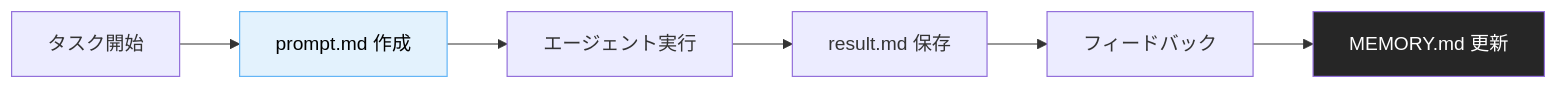
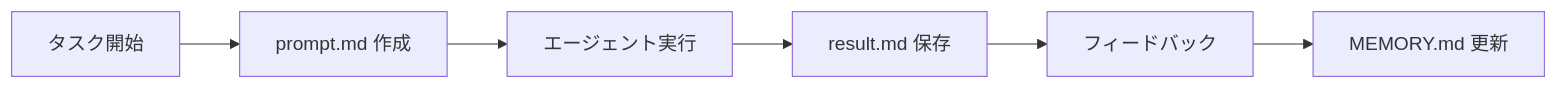
One commit to dinekt/dinekt-wiki changed the third of 3 diagrams in docs/techniques/エージェント専用ワークスペースのディレクトリ設計.md. Above: the diagram before and after it, drawn with Mermaid. The commit also changed other lines of this file and 70 other files, not shown here.

First line of the commit message:
fix(mermaid): strip all inline styling, rely on theme

````diff
--- a/docs/techniques/エージェント専用ワークスペースのディレクトリ設計.md
+++ b/docs/techniques/エージェント専用ワークスペースのディレクトリ設計.md
@@ -144,11 +143,9 @@
 ```mermaid
 flowchart LR
     S[タスク開始] --> P[prompt.md 作成]
     P --> E[エージェント実行]
     E --> R[result.md 保存]
     R --> F[フィードバック]
     F --> M[MEMORY.md 更新]
 
-    style P fill:#e3f2fd,stroke:#64b5f6,color:#000
-    style M fill:#262626,color:#fff
 ```
````
